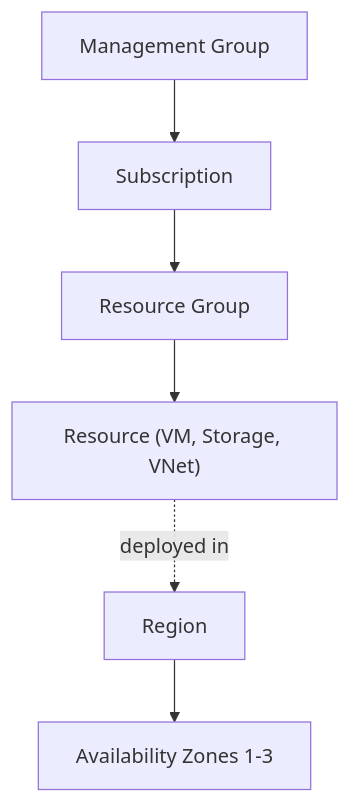
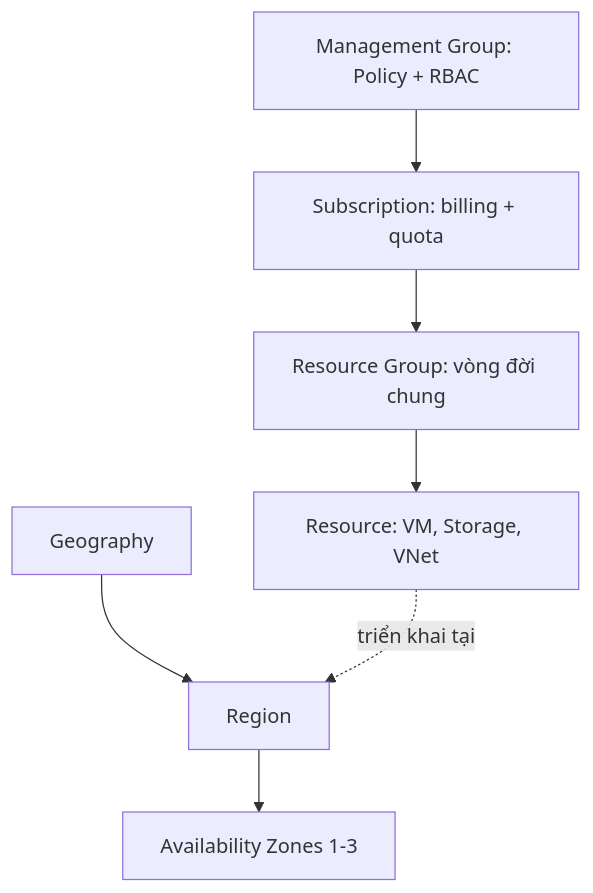
Before and after one commit to passion-Infinity/personal-tech-playbook: the diagram in src/assets/knowledge/playbooks/azure/azure-core-architecture.md, drawn with Mermaid. The commit also changed other lines of this file and 6 other files, not shown here.

First line of the commit message:
Deep-dive rewrite: Azure core architecture, Entra ID/RBAC, VMs, Storage, Networking

````diff
--- a/src/assets/knowledge/playbooks/azure/azure-core-architecture.md
+++ b/src/assets/knowledge/playbooks/azure/azure-core-architecture.md
@@ -18,8 +34,8 @@
 ```mermaid
 flowchart TD
-    MG[Management Group] --> SUB[Subscription]
-    SUB --> RG[Resource Group]
-    RG --> RES["Resource (VM, Storage, VNet)"]
-    REG[Region] --> AZ["Availability Zones 1-3"]
-    RES -.->|deployed in| REG
+    MG["Management Group: Policy + RBAC"] --> SUB["Subscription: billing + quota"]
+    SUB --> RG["Resource Group: vòng đời chung"]
+    RG --> RES["Resource: VM, Storage, VNet"]
+    GEO[Geography] --> REG[Region] --> AZ["Availability Zones 1-3"]
+    RES -.->|"triển khai tại"| REG
 ```
````
